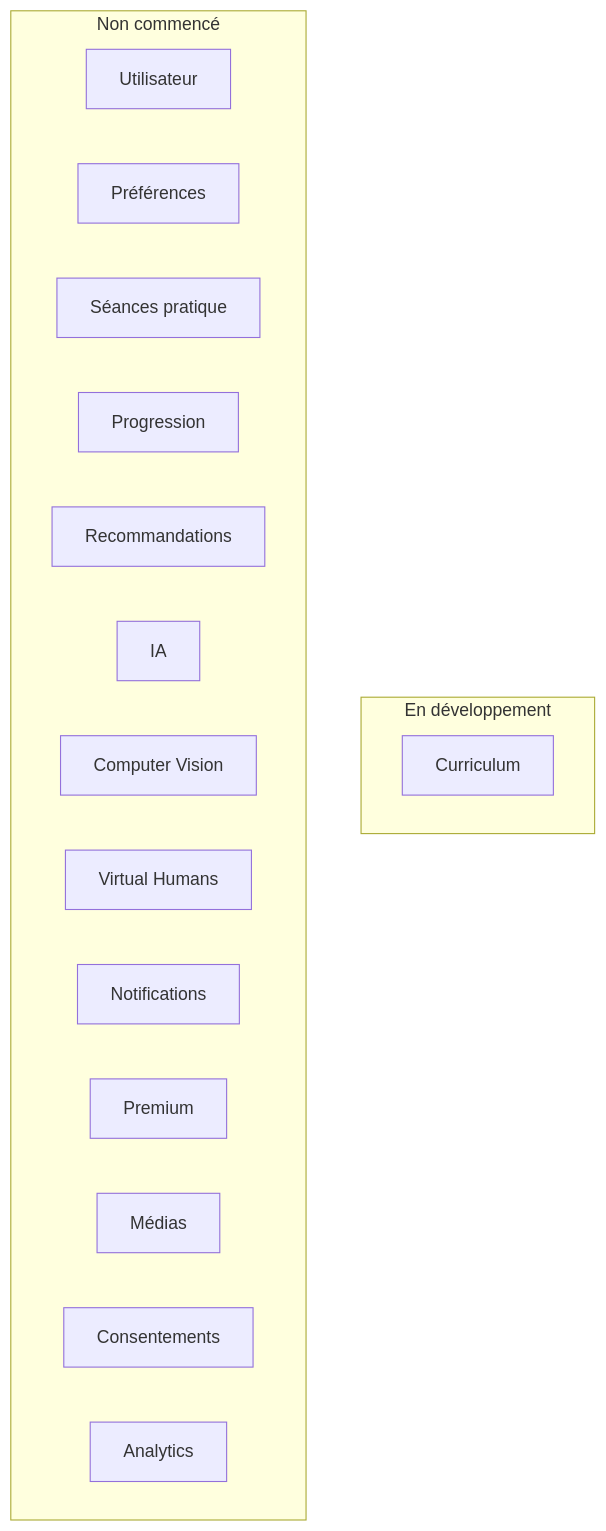
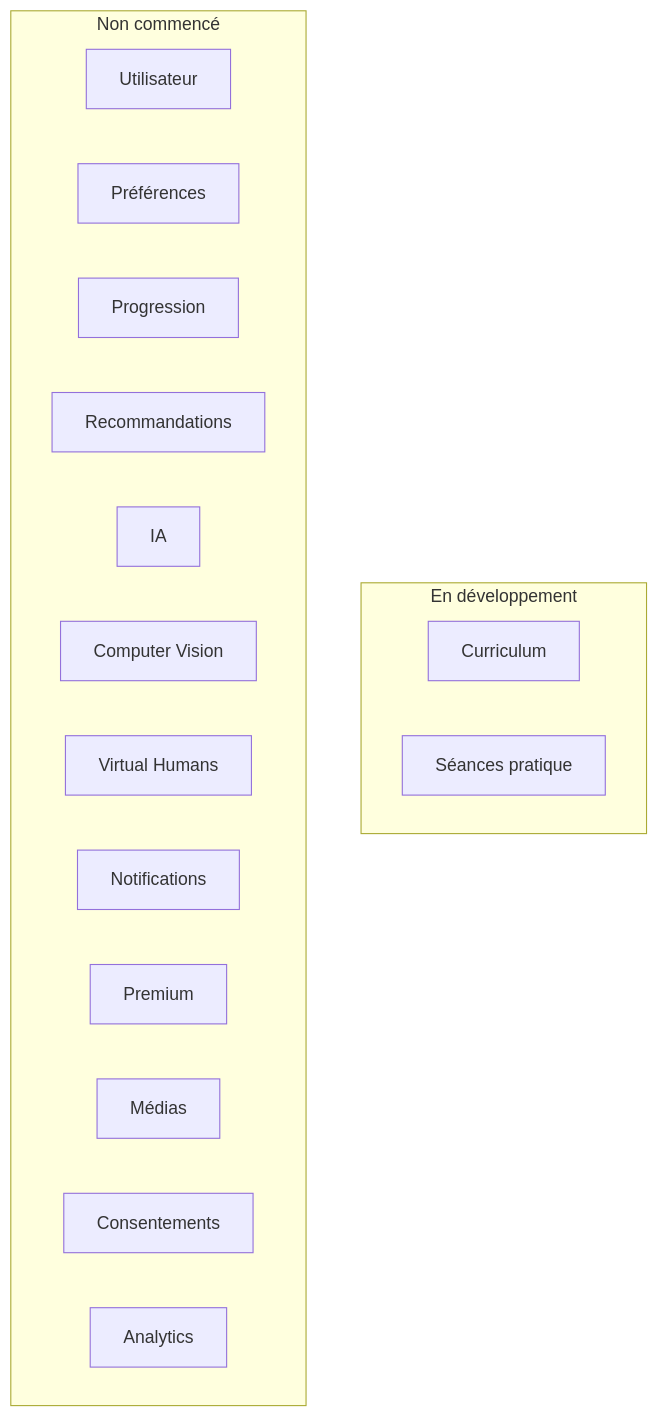
The first of 5 diagrams in docs/runtime/03_DATA_STATUS.md (JavaChrist/Tai-Chi-AI-Coach), drawn with Mermaid before and after one commit. The commit also changed other lines of this file and 18 other files, not shown here.

First line of the commit message:
feat(practice): add local guided session flow (MVP-005)

````diff
--- a/docs/runtime/03_DATA_STATUS.md
+++ b/docs/runtime/03_DATA_STATUS.md
@@ -77,21 +78,21 @@
 ```mermaid
 flowchart TB
   subgraph EnDev[En développement]
     C[Curriculum]
+    S[Séances pratique]
   end
   subgraph NonCommence[Non commencé]
     U[Utilisateur]
     P[Préférences]
-    S[Séances pratique]
     PR[Progression]
     R[Recommandations]
     IA[IA]
     CV[Computer Vision]
     VH[Virtual Humans]
     N[Notifications]
     PRE[Premium]
     M[Médias]
     CO[Consentements]
     A[Analytics]
   end
 ```
````
